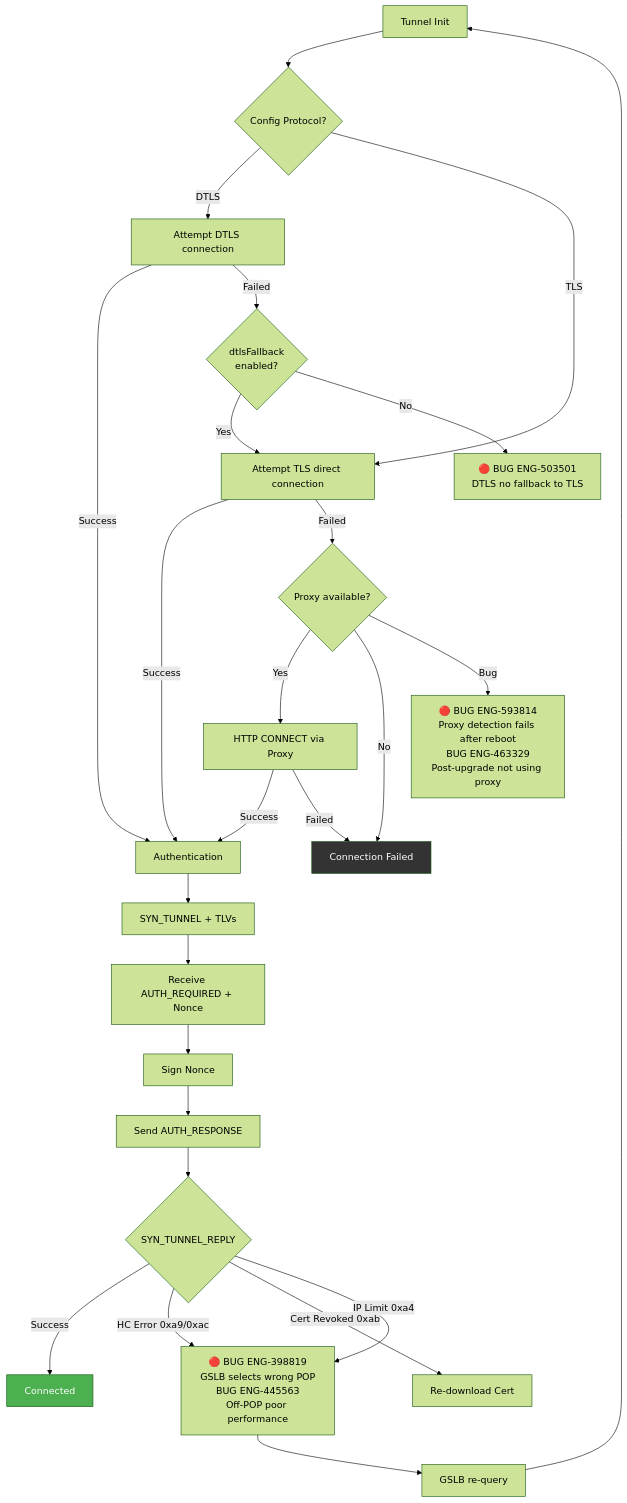
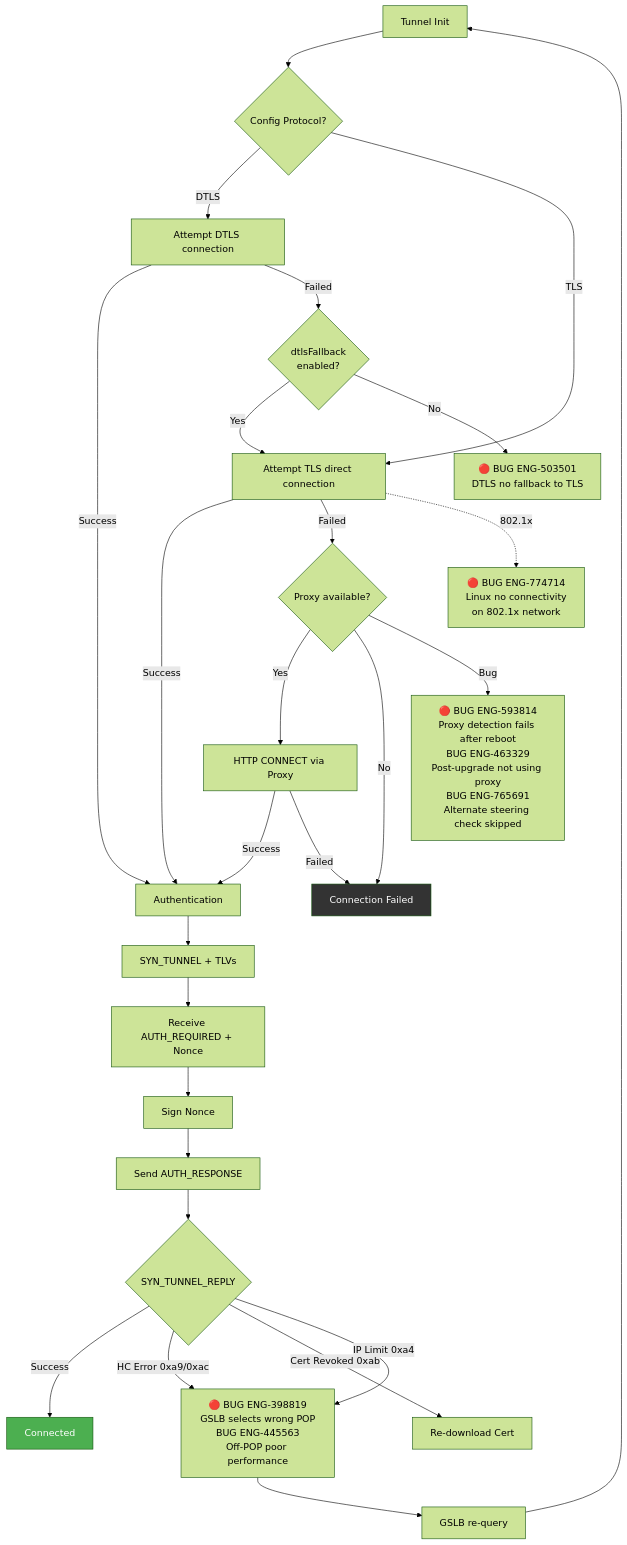
The second of 5 diagrams in chapters/07_tunnel_management.md (ns-klin/endpoint_system_test_plan), drawn with Mermaid (forest theme) before and after one commit. The commit also changed other lines of this file and 26 other files, not shown here.

First line of the commit message:
Add 87 bugs from Excel enrichment and integrate into mermaid diagrams

````diff
--- a/chapters/07_tunnel_management.md
+++ b/chapters/07_tunnel_management.md
@@ -92,39 +97,40 @@
 ```mermaid
 flowchart TD
     START[Tunnel Init] --> PROTO{Config Protocol?}
     
     PROTO -->|DTLS| DTLS_TRY[Attempt DTLS connection]
     PROTO -->|TLS| TLS_DIRECT[Attempt TLS direct connection]
     
     DTLS_TRY -->|Success| AUTH[Authentication]
     DTLS_TRY -->|Failed| FALLBACK{dtlsFallback<br/>enabled?}
     FALLBACK -->|Yes| TLS_DIRECT
     FALLBACK -->|No| BUG_DTLS["🔴 BUG ENG-503501<br/>DTLS no fallback to TLS"]
     
     TLS_DIRECT -->|Success| AUTH
     TLS_DIRECT -->|Failed| PROXY{Proxy available?}
+    TLS_DIRECT -.->|802.1x| BUG_8021X["🔴 BUG ENG-774714<br/>Linux no connectivity<br/>on 802.1x network"]
     
     PROXY -->|Yes| PROXY_CONNECT[HTTP CONNECT via Proxy]
     PROXY -->|No| FAIL[Connection Failed]
-    PROXY -->|Bug| BUG_PROXY["🔴 BUG ENG-593814<br/>Proxy detection fails after reboot<br/>BUG ENG-463329<br/>Post-upgrade not using proxy"]
+    PROXY -->|Bug| BUG_PROXY["🔴 BUG ENG-593814<br/>Proxy detection fails after reboot<br/>BUG ENG-463329<br/>Post-upgrade not using proxy<br/>BUG ENG-765691<br/>Alternate steering check skipped"]
     
     PROXY_CONNECT -->|Success| AUTH
     PROXY_CONNECT -->|Failed| FAIL
     
     AUTH --> SYN[SYN_TUNNEL + TLVs]
     SYN --> AUTH_REQ[Receive AUTH_REQUIRED + Nonce]
     AUTH_REQ --> SIGN[Sign Nonce]
     SIGN --> AUTH_RESP[Send AUTH_RESPONSE]
     AUTH_RESP --> REPLY{SYN_TUNNEL_REPLY}
     
     REPLY -->|Success| CONNECTED[Connected]
     REPLY -->|HC Error 0xa9/0xac| POP_SWITCH["🔴 BUG ENG-398819<br/>GSLB selects wrong POP<br/>BUG ENG-445563<br/>Off-POP poor performance"]
     REPLY -->|Cert Revoked 0xab| CERT_REDOWNLOAD[Re-download Cert]
     REPLY -->|IP Limit 0xa4| POP_SWITCH
     
     POP_SWITCH --> GSLB_REFRESH[GSLB re-query]
     GSLB_REFRESH --> START
 
     style CONNECTED fill:#4CAF50,color:#fff
     style FAIL fill:#333,color:#fff
 ```
````
